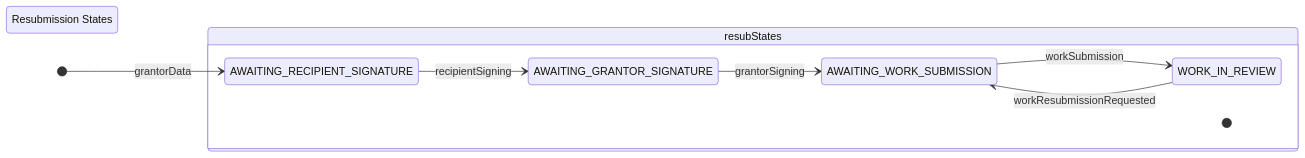
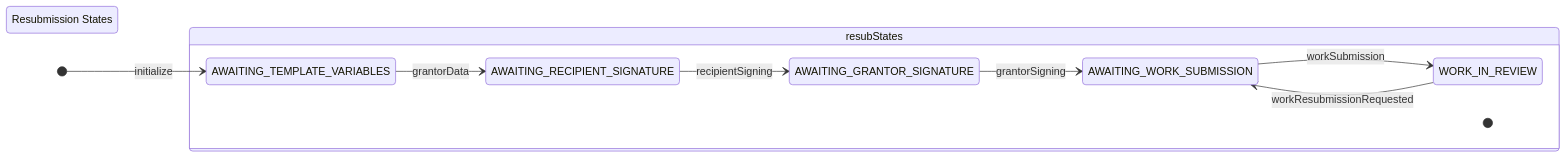
One commit to Consensys-Network-State/signet-execution-prototype changed the second of 5 diagrams in lua-actor/src/tests/grant-simple/grant-simple.md. Above: the diagram before and after it, drawn with Mermaid. The commit also changed other lines of this file, not shown here.

````diff
--- a/lua-actor/src/tests/grant-simple/grant-simple.md
+++ b/lua-actor/src/tests/grant-simple/grant-simple.md
@@ -32,21 +34,22 @@
 ```mermaid
 stateDiagram-v2
     direction LR
     
     state "Resubmission States" as resubStates #LightGreen
     
-    [*] --> AWAITING_RECIPIENT_SIGNATURE: grantorData
+    [*] --> AWAITING_TEMPLATE_VARIABLES: initialize
+    AWAITING_TEMPLATE_VARIABLES --> AWAITING_RECIPIENT_SIGNATURE: grantorData
     AWAITING_RECIPIENT_SIGNATURE --> AWAITING_GRANTOR_SIGNATURE: recipientSigning
     AWAITING_GRANTOR_SIGNATURE --> AWAITING_WORK_SUBMISSION: grantorSigning
     AWAITING_WORK_SUBMISSION --> WORK_IN_REVIEW: workSubmission
     WORK_IN_REVIEW --> AWAITING_WORK_SUBMISSION: workResubmissionRequested
     
     state resubStates {
         [*]
+        AWAITING_TEMPLATE_VARIABLES
         AWAITING_RECIPIENT_SIGNATURE
         AWAITING_GRANTOR_SIGNATURE
         AWAITING_WORK_SUBMISSION
         WORK_IN_REVIEW
-        AWAITING_WORK_SUBMISSION
     }
 ```
````
